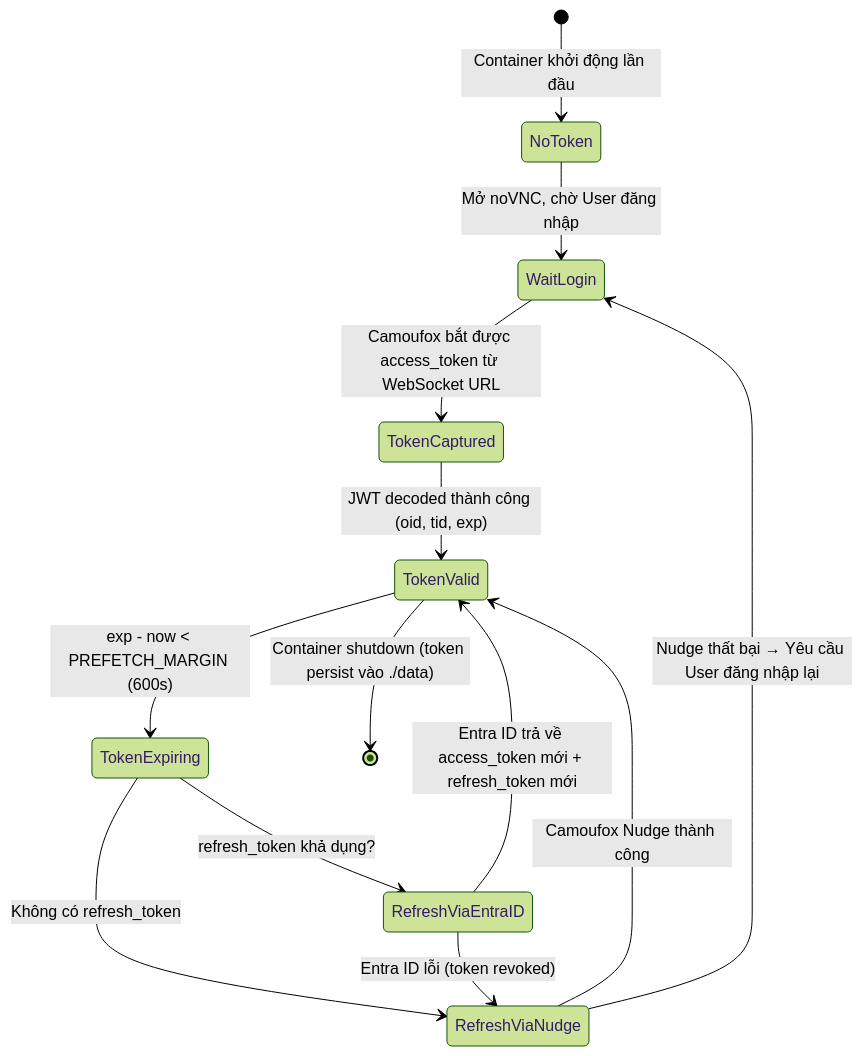
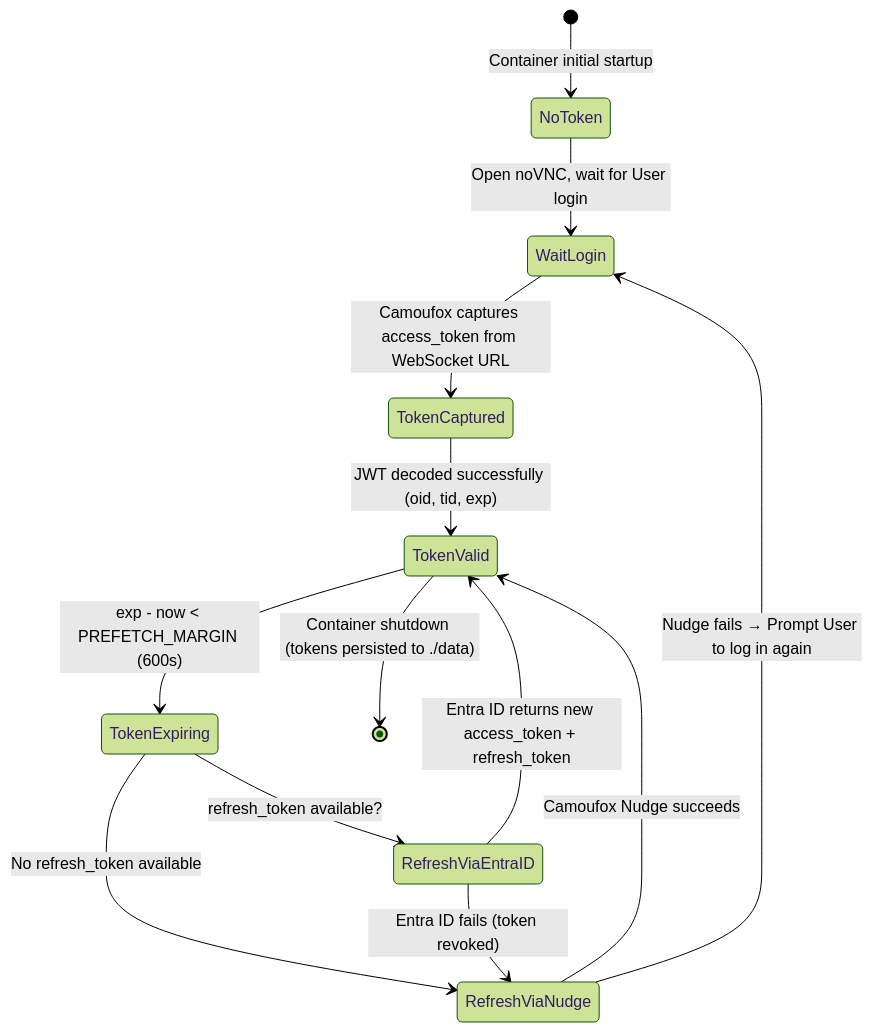
Before and after one commit to lamdt1/ms-copilot365-2api: the fourth of 9 diagrams in docs/SRS.md, drawn with Mermaid (forest theme). The commit also changed other lines of this file, not shown here.

````diff
--- a/docs/SRS.md
+++ b/docs/SRS.md
@@ -172,15 +172,15 @@
 ```mermaid
 stateDiagram-v2
-    [*] --> NoToken: Container khởi động lần đầu
-    NoToken --> WaitLogin: Mở noVNC, chờ User đăng nhập
-    WaitLogin --> TokenCaptured: Camoufox bắt được access_token từ WebSocket URL
-    TokenCaptured --> TokenValid: JWT decoded thành công (oid, tid, exp)
+    [*] --> NoToken: Container initial startup
+    NoToken --> WaitLogin: Open noVNC, wait for User login
+    WaitLogin --> TokenCaptured: Camoufox captures access_token from WebSocket URL
+    TokenCaptured --> TokenValid: JWT decoded successfully (oid, tid, exp)
     TokenValid --> TokenExpiring: exp - now < PREFETCH_MARGIN (600s)
-    TokenExpiring --> RefreshViaEntraID: refresh_token khả dụng?
-    TokenExpiring --> RefreshViaNudge: Không có refresh_token
-    RefreshViaEntraID --> TokenValid: Entra ID trả về access_token mới + refresh_token mới
-    RefreshViaEntraID --> RefreshViaNudge: Entra ID lỗi (token revoked)
-    RefreshViaNudge --> TokenValid: Camoufox Nudge thành công
-    RefreshViaNudge --> WaitLogin: Nudge thất bại → Yêu cầu User đăng nhập lại
-    TokenValid --> [*]: Container shutdown (token persist vào ./data)
+    TokenExpiring --> RefreshViaEntraID: refresh_token available?
+    TokenExpiring --> RefreshViaNudge: No refresh_token available
+    RefreshViaEntraID --> TokenValid: Entra ID returns new access_token + refresh_token
+    RefreshViaEntraID --> RefreshViaNudge: Entra ID fails (token revoked)
+    RefreshViaNudge --> TokenValid: Camoufox Nudge succeeds
+    RefreshViaNudge --> WaitLogin: Nudge fails → Prompt User to log in again
+    TokenValid --> [*]: Container shutdown (tokens persisted to ./data)
 ```
````
